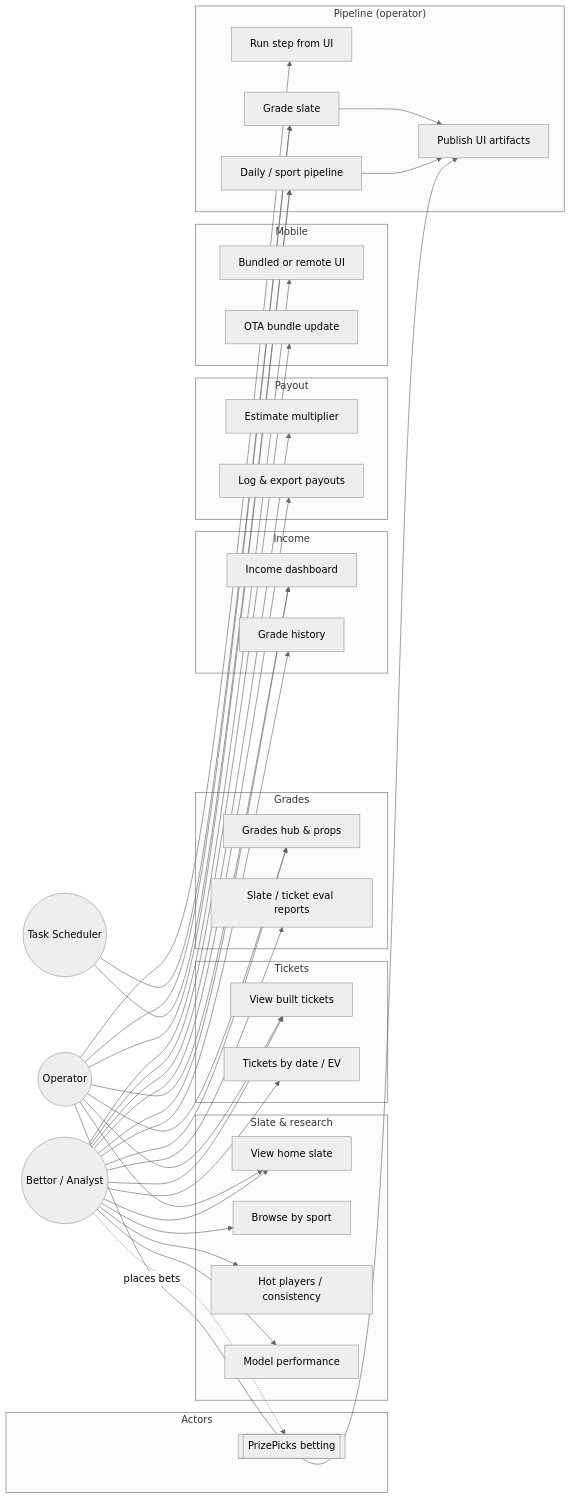
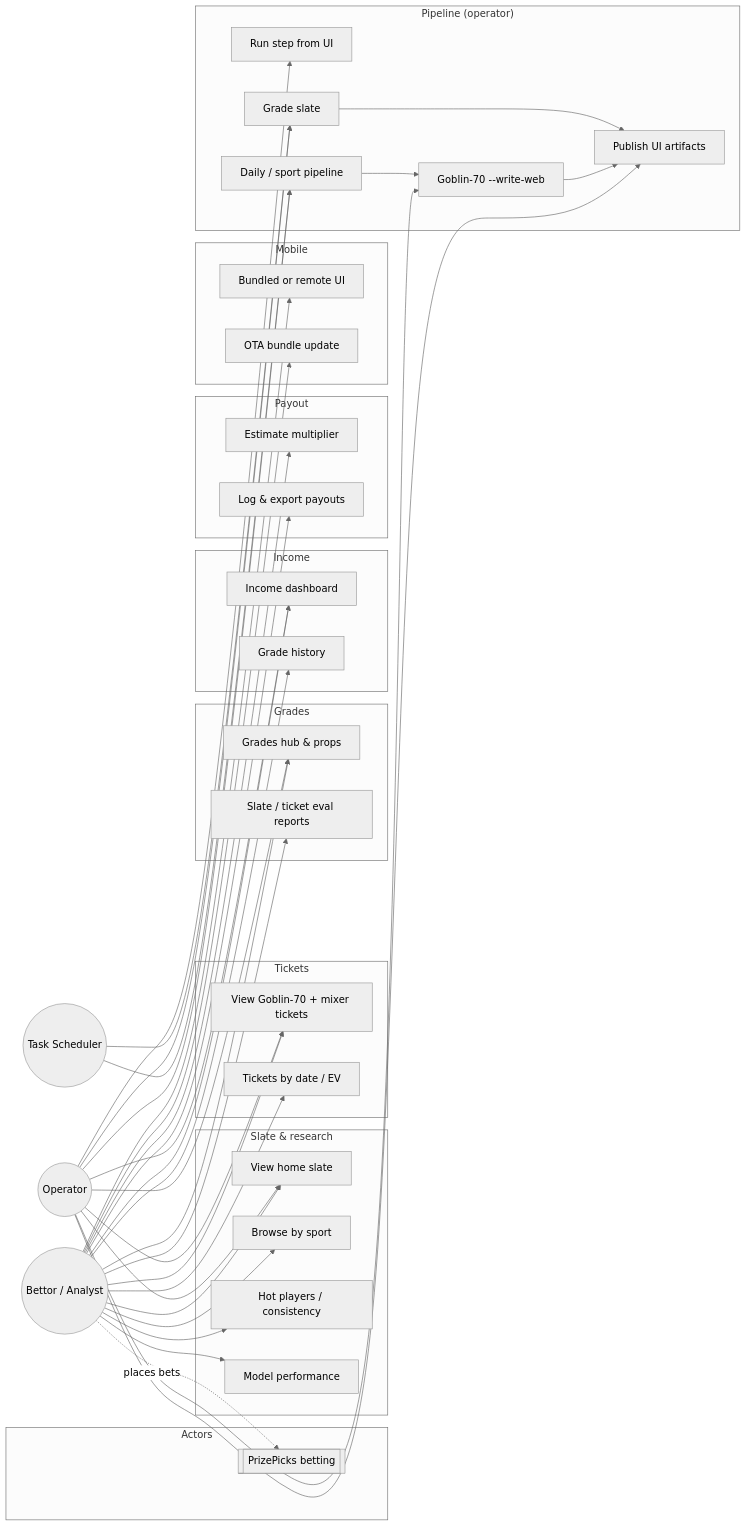
Before and after one commit to halekevi/NBA-Pipelines: the second of 2 diagrams in docs/architecture/USE_CASE_DIAGRAM.md, drawn with Mermaid (neutral theme). The commit also changed other lines of this file and 8 other files, not shown here.

First line of the commit message:
docs: Align UML and ownership with Goblin-70 live tickets.

````diff
--- a/docs/architecture/USE_CASE_DIAGRAM.md
+++ b/docs/architecture/USE_CASE_DIAGRAM.md
@@ -31,55 +31,56 @@
 ```mermaid
 flowchart LR
   subgraph actors["Actors"]
     Bettor((Bettor / Analyst))
     Operator((Operator))
     Sched((Task Scheduler))
     PP[[PrizePicks betting]]
   end
 
   subgraph slate["Slate & research"]
     UC1[View home slate]
     UC2[Browse by sport]
     UC3[Hot players / consistency]
     UC4[Model performance]
   end
 
   subgraph tickets["Tickets"]
-    UC5[View built tickets]
+    UC5[View Goblin-70 + mixer tickets]
     UC6[Tickets by date / EV]
   end
 
   subgraph grades["Grades"]
     UC7[Grades hub & props]
     UC8[Slate / ticket eval reports]
   end
 
   subgraph income["Income"]
     UC9[Income dashboard]
     UC10[Grade history]
   end
 
   subgraph payout["Payout"]
     UC11[Estimate multiplier]
     UC12[Log & export payouts]
   end
 
   subgraph mobile["Mobile"]
     UC13[Bundled or remote UI]
     UC14[OTA bundle update]
   end
 
   subgraph ops["Pipeline (operator)"]
     UC15[Run step from UI]
     UC16[Daily / sport pipeline]
     UC17[Grade slate]
+    UC19[Goblin-70 --write-web]
     UC18[Publish UI artifacts]
   end
 
   Bettor --> UC1 & UC2 & UC3 & UC4 & UC5 & UC6 & UC7 & UC8 & UC9 & UC10 & UC11 & UC12 & UC13 & UC14
   Bettor -.->|places bets| PP
-  Operator --> UC15 & UC16 & UC17 & UC18 & UC1 & UC5 & UC7 & UC9
+  Operator --> UC15 & UC16 & UC17 & UC18 & UC19 & UC1 & UC5 & UC7 & UC9
   Sched --> UC16 & UC17
-  UC16 --> UC18
+  UC16 --> UC19 --> UC18
   UC17 --> UC18
 ```
````
